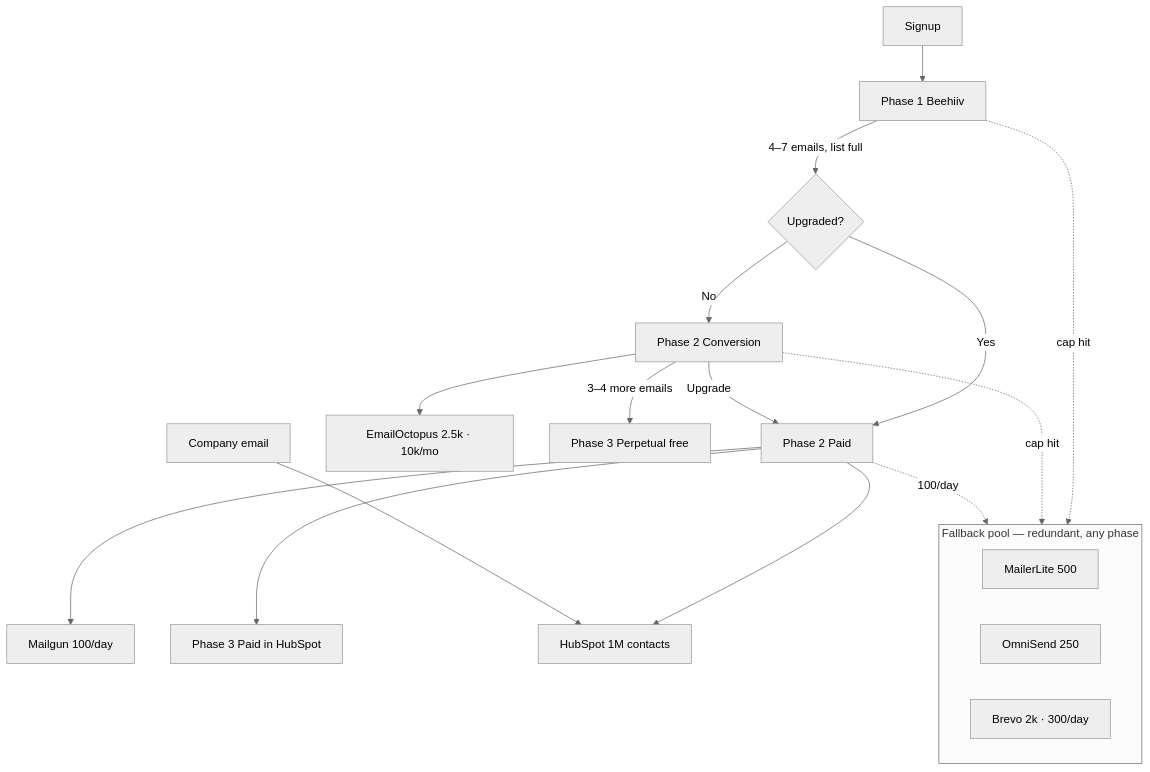
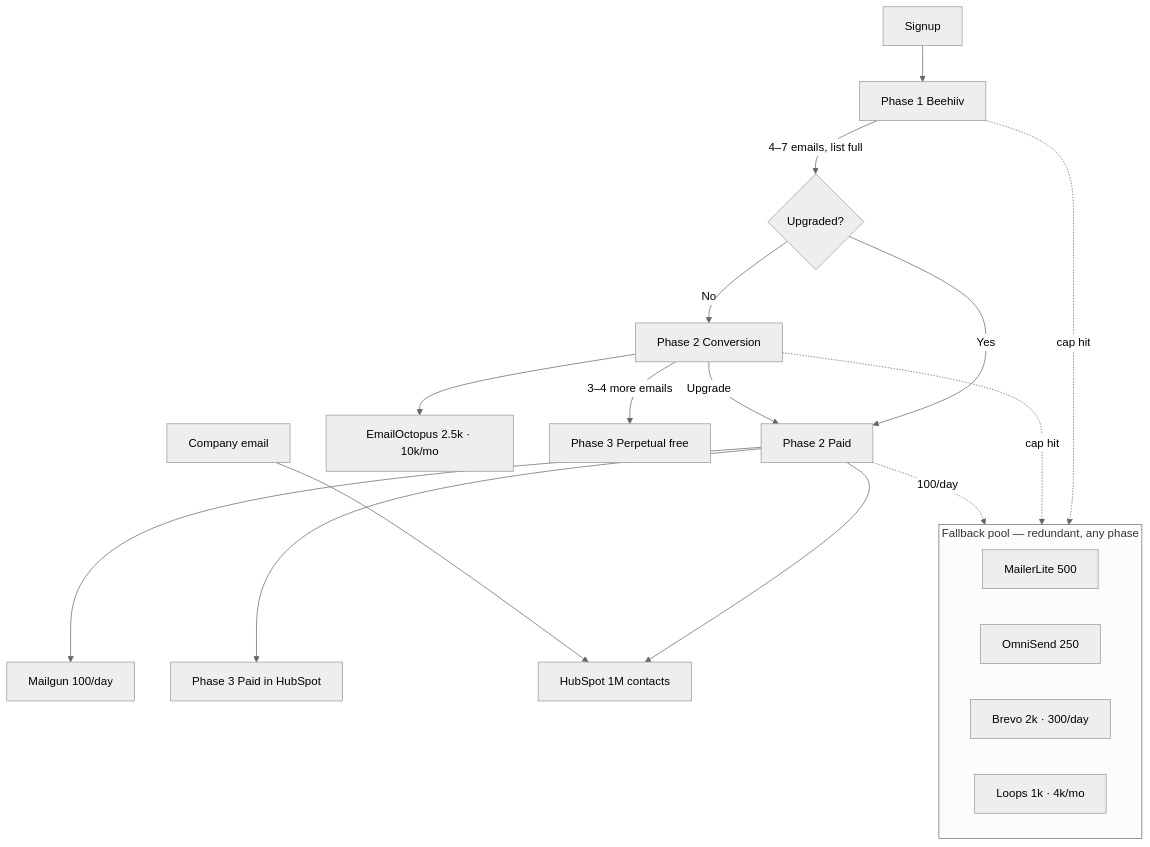
Before and after one commit to Kahana-LLC/oasis-cs-agent: the second of 2 diagrams in docs/USER_EMAIL_MACHINE_PROPOSAL.md, drawn with Mermaid (neutral theme). The commit also changed other lines of this file and 15 other files, not shown here.

````diff
--- a/docs/USER_EMAIL_MACHINE_PROPOSAL.md
+++ b/docs/USER_EMAIL_MACHINE_PROPOSAL.md
@@ -103,24 +103,25 @@
 ```mermaid
 flowchart TB
   signup[Signup] --> p1[Phase 1 Beehiiv]
   p1 -->|"4–7 emails, list full"| fork{Upgraded?}
   fork -->|Yes| p2p[Phase 2 Paid]
   fork -->|No| p2c[Phase 2 Conversion]
   p2p --> MG[Mailgun 100/day]
   p2p --> HS[HubSpot 1M contacts]
   p2c --> EO[EmailOctopus 2.5k · 10k/mo]
   p2c -->|"3–4 more emails"| p3f[Phase 3 Perpetual free]
   p2p --> p3p[Phase 3 Paid in HubSpot]
   p2c -->|Upgrade| p2p
   company[Company email] --> HS
 
   subgraph spill [Fallback pool — redundant, any phase]
     ML[MailerLite 500]
     OS[OmniSend 250]
     BR[Brevo 2k · 300/day]
+    LP[Loops 1k · 4k/mo]
   end
 
   p1 -.->|cap hit| spill
   p2c -.->|cap hit| spill
   p2p -.->|100/day| spill
 ```
````
